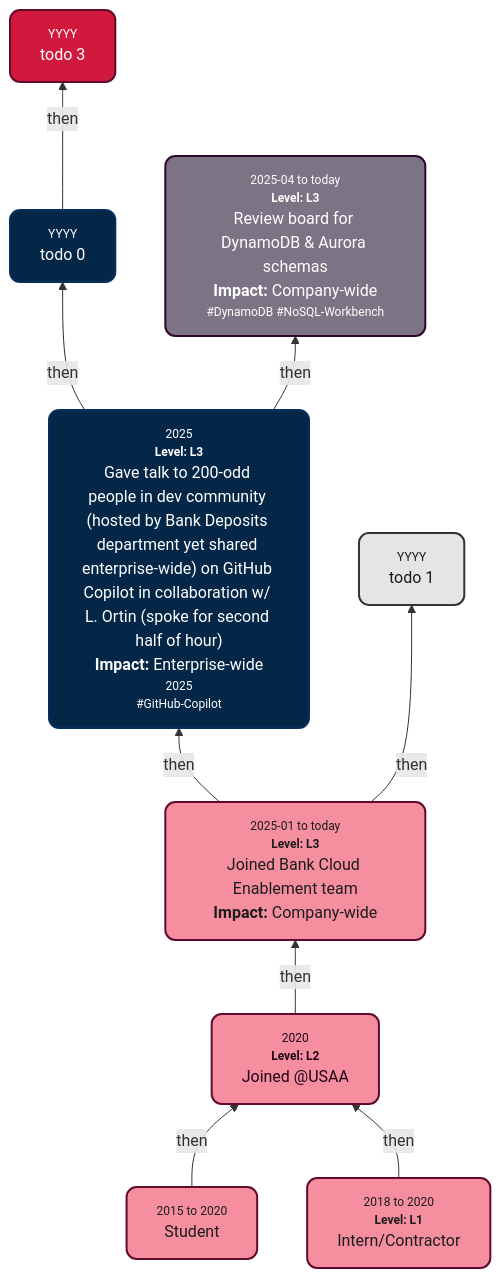
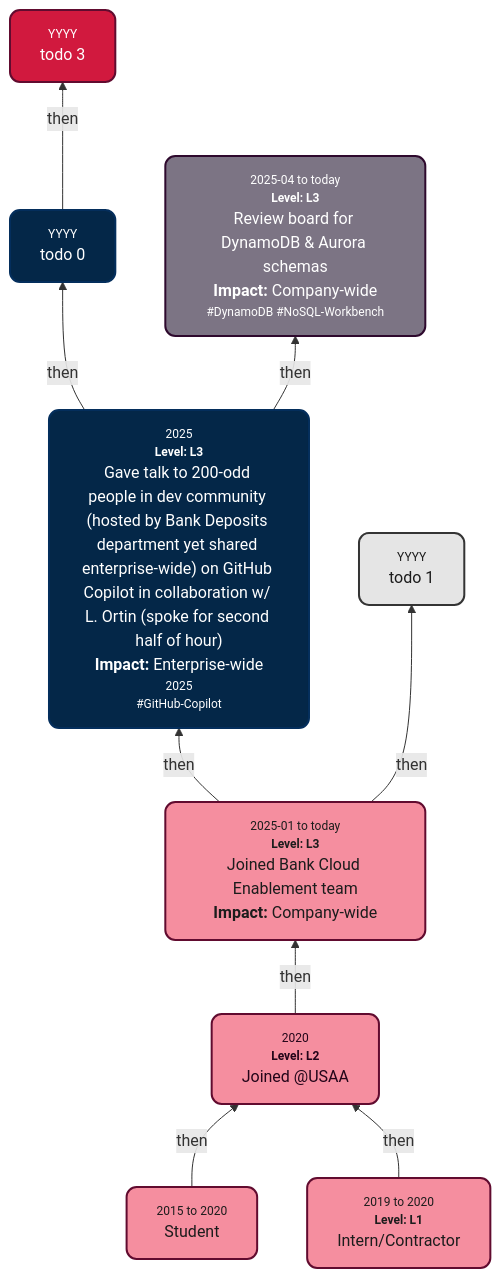
The diagram in README.md (s-sepanski/portfolio), drawn with Mermaid before and after one commit.

Commit message:
task: node content

````diff
--- a/README.md
+++ b/README.md
@@ -37,22 +37,22 @@
 ```mermaid
 graph BT
     PreStudentNode["<div style='font-size:75%;  color:#848484; text-align:center;'>2015 to 2020</div>Student"] -->|then| A["<div style='font-size:75%; color:#848484; text-align:center;'>2020</div><div style='font-size:75%; color:#848484; text-align:center;'><b>Level: L2</b><br/></div>Joined @USAA<br>"]
-    ContractorNode["<div style='font-size:75%; color:#848484; text-align:center;'>2018 to 2020</div><div style='font-size:75%; color:#848484; text-align:center;'><b>Level: L1</b></div>Intern/Contractor"] -->|then| A
+    ContractorNode["<div style='font-size:75%; color:#848484; text-align:center;'>2019 to 2020</div><div style='font-size:75%; color:#848484; text-align:center;'><b>Level: L1</b></div>Intern/Contractor"] -->|then| A
     A -->|then| B["<div style='font-size:75%; color:#848484; text-align:center;'>2025-01 to today</div><div style='font-size:75%; color:#848484; text-align:center;'><b>Level: L3</b><br/></div>Joined Bank Cloud Enablement team<br/><b>Impact: </b>Company-wide"]
     B -->|then| C["<div style='font-size:75%; color:#848484; text-align:center;'>2025</div><div style='font-size:75%; color:#848484; text-align:center;'><b>Level: L3</b><br/></div>Gave talk to 200-odd people in dev community (hosted by Bank Deposits department yet shared enterprise-wide) on GitHub Copilot in collaboration w/ L. Ortin (spoke for second half of hour)<br/><b>Impact: </b>Enterprise-wide<div style='font-size:75%; color:#848484; text-align:center;'>2025</div><div style='font-size:75%; color:#848484; text-align:center;'>#GitHub-Copilot<br/></div>"]
     C -->|then| D["<div style='font-size:75%; color:#848484; text-align:center;'>YYYY</div>todo 0"]
     B -->|then| E["<div style='font-size:75%; color:#848484; text-align:center;'>YYYY</div>todo 1"]
     C -->|then| F["<div style='font-size:75%; color:#848484; text-align:center;'>2025-04 to today</div><div style='font-size:75%; color:#848484; text-align:center;'><b>Level: L3</b><br/></div>Review board for DynamoDB & Aurora schemas<br/><b>Impact: </b>Company-wide<div style='font-size:75%; color:#848484; text-align:center;'>#DynamoDB #NoSQL-Workbench<br/></div>"]
     D -->|then| G["<div style='font-size:75%; color:#848484; text-align:center;'>YYYY</div>todo 3"]
     style PreStudentNode fill:#f58e9f,stroke:#610b2f,stroke-width:2px,color:#1c1c1c
     style ContractorNode fill:#f58e9f,stroke:#610b2f,stroke-width:2px,color:#1c1c1c
     style A fill:#f58e9f,stroke:#610b2f,stroke-width:2px,color:#230519
     style B fill:#f58e9f,stroke:#610b2f,stroke-width:2px,color:#1c1c1c
     style C fill:#042748,stroke:#042e5c,stroke-width:2px,color:#FFFFFF
     style D fill:#042748,stroke:#042e5c,stroke-width:2px,color:#FFFFFF
     style E fill:#e5e5e5,stroke:#343434,stroke-width:2px,color:#1c1c1c
     style F fill:#7c7484,stroke:#2e092d,stroke-width:2px,color:#FFFFFF
     style G fill:#d1193e,stroke:#610b2f,stroke-width:2px,color:#FFFFFF
     classDef rounded stroke-width:2px,rx:10,ry:10;
     class PreStudentNode,ContractorNode,A,B,C,D,E,F,G rounded;
 ```
````
